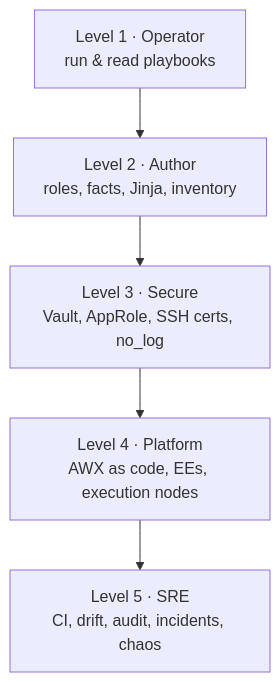
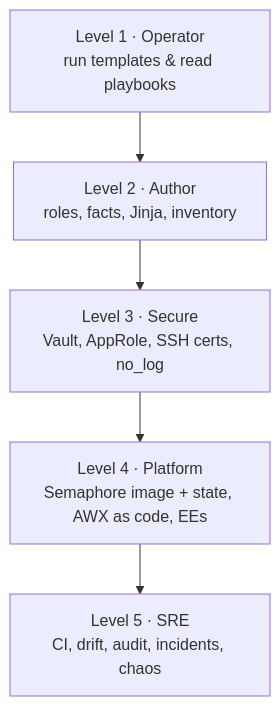
Before and after one commit to cloudone365/technical-depth: the first of 2 diagrams in 01 Ansible/ansible-tower-vault-roadmap.md, drawn with Mermaid. The commit also changed other lines of this file and 37 other files, not shown here.

````diff
--- a/01 Ansible/ansible-tower-vault-roadmap.md
+++ b/01 Ansible/ansible-tower-vault-roadmap.md
@@ -5,7 +5,7 @@
 ```mermaid
 flowchart TB
-  L1["Level 1 · Operator<br/>run & read playbooks"] --> L2["Level 2 · Author<br/>roles, facts, Jinja, inventory"]
+  L1["Level 1 · Operator<br/>run templates & read playbooks"] --> L2["Level 2 · Author<br/>roles, facts, Jinja, inventory"]
   L2 --> L3["Level 3 · Secure<br/>Vault, AppRole, SSH certs, no_log"]
-  L3 --> L4["Level 4 · Platform<br/>AWX as code, EEs, execution nodes"]
+  L3 --> L4["Level 4 · Platform<br/>Semaphore image + state, AWX as code, EEs"]
   L4 --> L5["Level 5 · SRE<br/>CI, drift, audit, incidents, chaos"]
 ```
````
